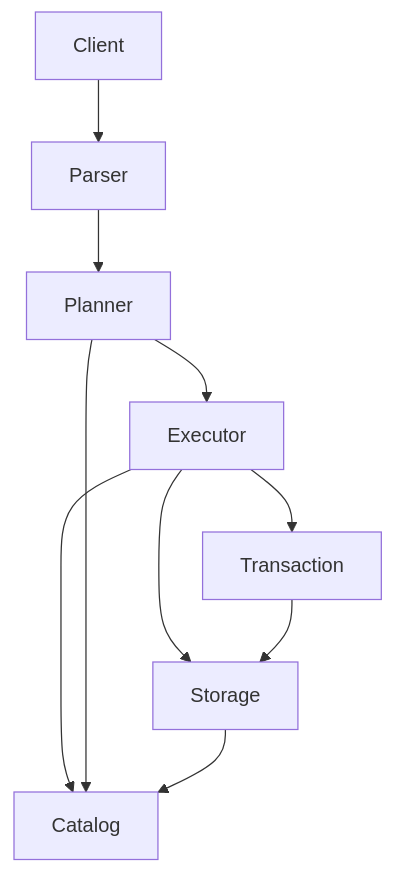
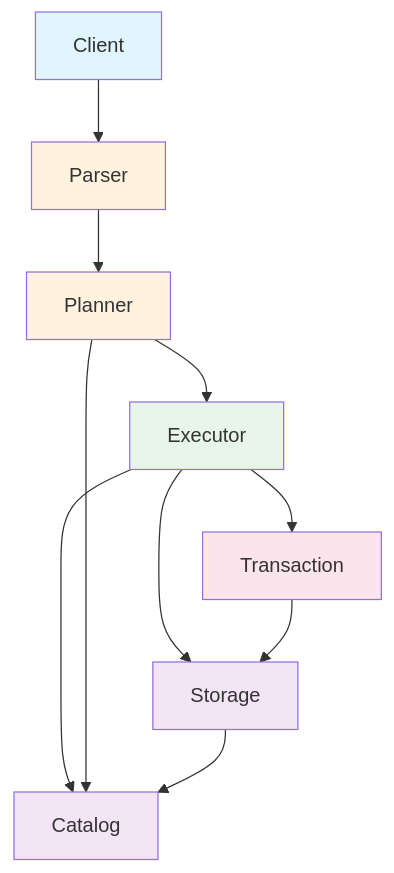
One commit to qiaob8/sqlrustgo changed the second of 3 diagrams in reports/week-05/week-05-实验报告.md. Above: the diagram before and after it, drawn with Mermaid. The commit also changed other lines of this file, not shown here.

````diff
--- a/reports/week-05/week-05-实验报告.md
+++ b/reports/week-05/week-05-实验报告.md
@@ -185,12 +220,20 @@
 ```mermaid
 graph TD
     client["Client"] --> parser["Parser"]
     parser --> planner["Planner"]
     planner --> executor["Executor"]
     executor --> storage["Storage"]
     executor --> catalog["Catalog"]
     planner --> catalog
     executor --> transaction["Transaction"]
     transaction --> storage
     storage --> catalog
+
+    style client fill:#e1f5fe
+    style parser fill:#fff3e0
+    style planner fill:#fff3e0
+    style executor fill:#e8f5e9
+    style storage fill:#f3e5f5
+    style catalog fill:#f3e5f5
+    style transaction fill:#fce4ec
 ```
````
